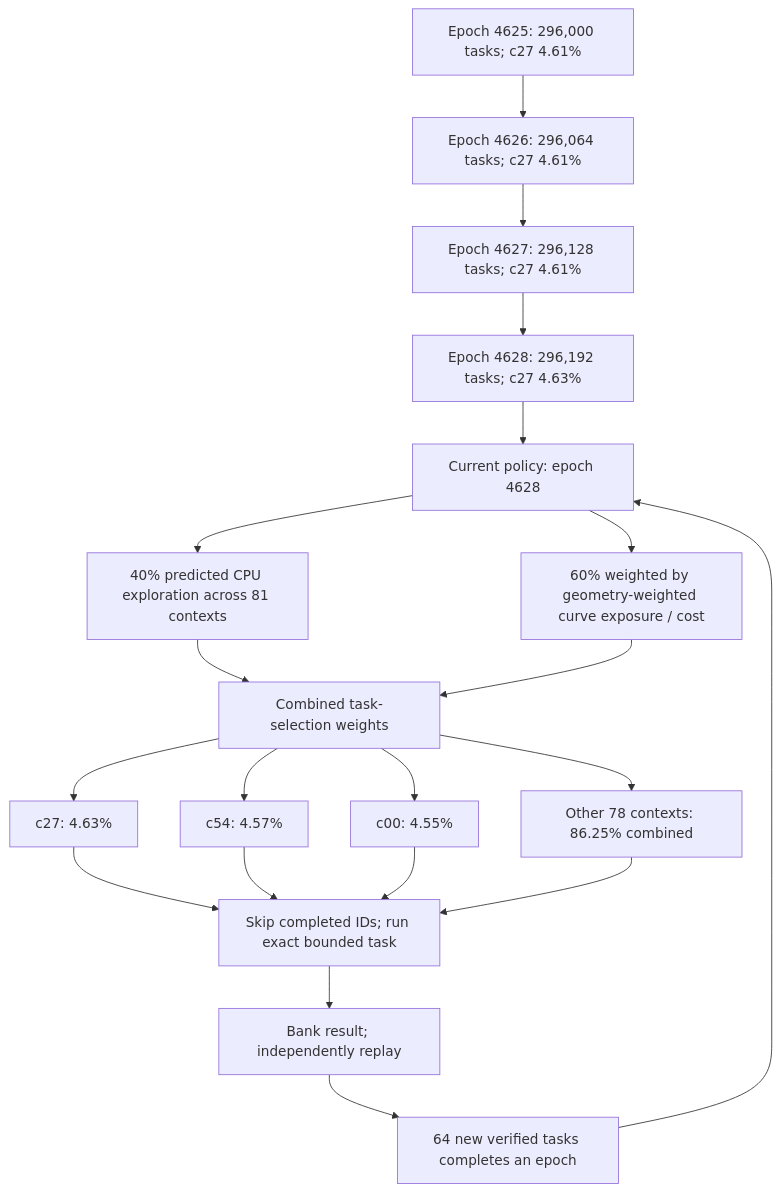
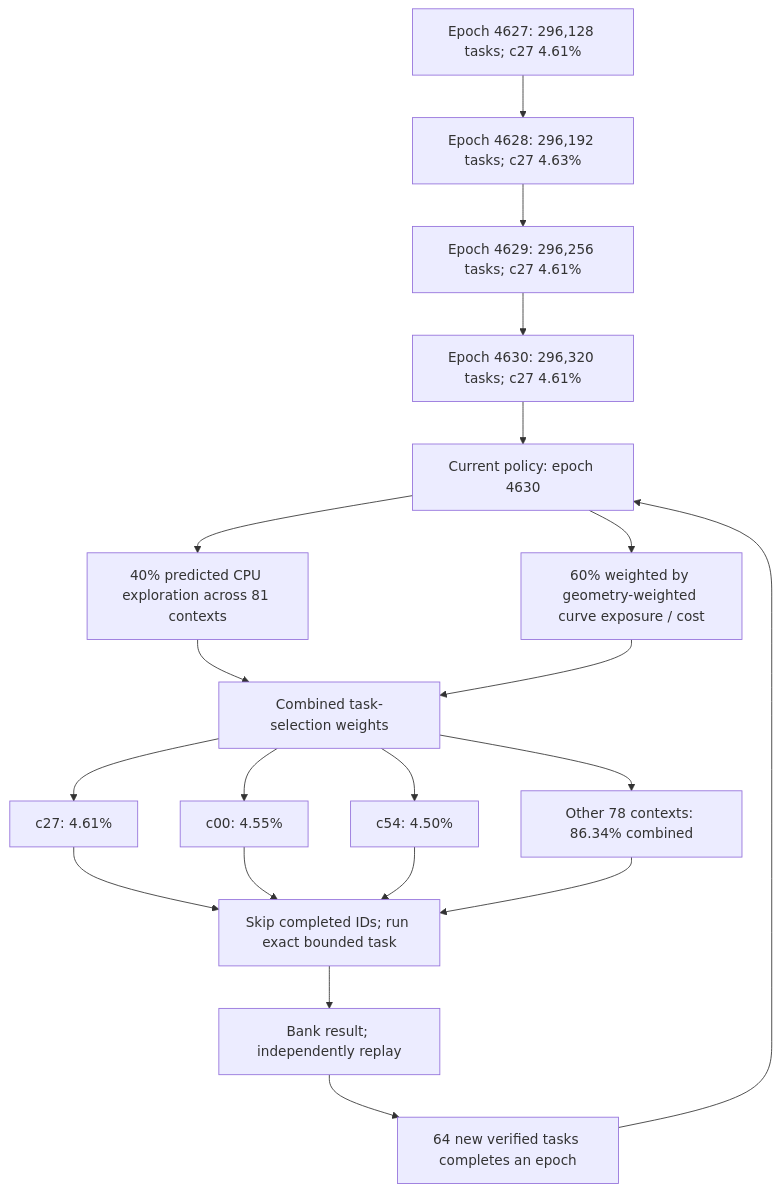
Before and after one commit to Kuberwastaken/math-gambling: the first of 3 diagrams in README.md, drawn with Mermaid. The commit also changed other lines of this file and 1918 other files, not shown here.

````diff
--- a/README.md
+++ b/README.md
@@ -60,27 +60,27 @@
 ```mermaid
 flowchart TD
-    H0["Epoch 4625: 296,000 tasks; c27 4.61%"]
-    H1["Epoch 4626: 296,064 tasks; c27 4.61%"]
+    H0["Epoch 4627: 296,128 tasks; c27 4.61%"]
+    H1["Epoch 4628: 296,192 tasks; c27 4.63%"]
     H0 --> H1
-    H2["Epoch 4627: 296,128 tasks; c27 4.61%"]
+    H2["Epoch 4629: 296,256 tasks; c27 4.61%"]
     H1 --> H2
-    H3["Epoch 4628: 296,192 tasks; c27 4.63%"]
+    H3["Epoch 4630: 296,320 tasks; c27 4.61%"]
     H2 --> H3
-    Policy["Current policy: epoch 4628"]
+    Policy["Current policy: epoch 4630"]
     H3 --> Policy
     Policy --> Explore["40% predicted CPU exploration across 81 contexts"]
     Policy --> Cost["60% weighted by geometry-weighted curve exposure / cost"]
     Explore --> Mix["Combined task-selection weights"]
     Cost --> Mix
-    Mix --> C0["c27: 4.63%"]
-    Mix --> C1["c54: 4.57%"]
-    Mix --> C2["c00: 4.55%"]
-    Mix --> Rest["Other 78 contexts: 86.25% combined"]
+    Mix --> C0["c27: 4.61%"]
+    Mix --> C1["c00: 4.55%"]
+    Mix --> C2["c54: 4.50%"]
+    Mix --> Rest["Other 78 contexts: 86.34% combined"]
     C0 --> Check["Skip completed IDs; run exact bounded task"]
     C1 --> Check
     C2 --> Check
     Rest --> Check
     Check --> Replay["Bank result; independently replay"]
     Replay --> Gate["64 new verified tasks completes an epoch"]
     Gate --> Policy
 ```
````
